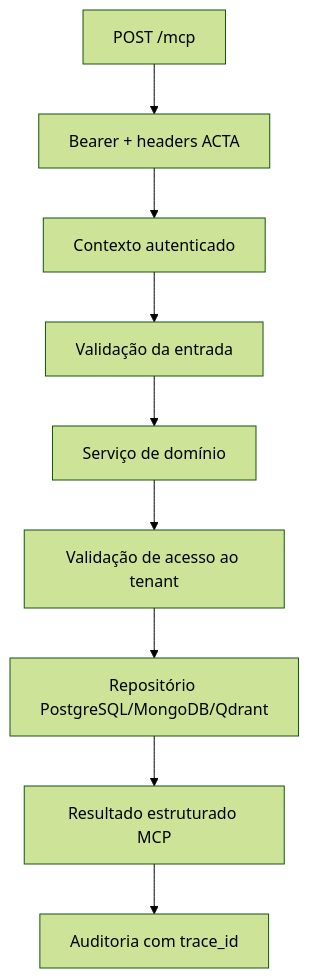
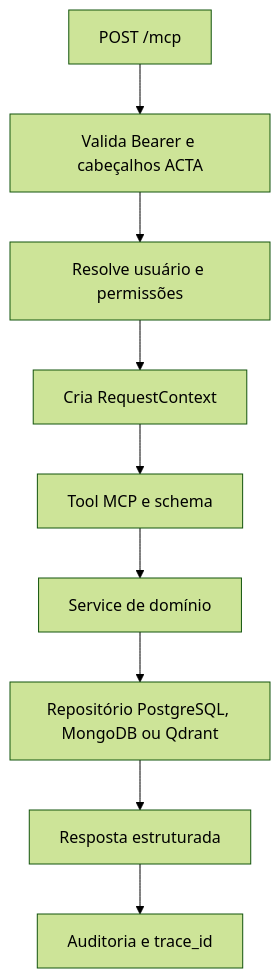
One commit to AppActa/acta-mcp changed the diagram in docs/architecture.md. Above: the diagram before and after it, drawn with Mermaid (forest theme). The commit also changed other lines of this file and 4 other files, not shown here.

````diff
--- a/docs/architecture.md
+++ b/docs/architecture.md
@@ -14,11 +20,11 @@
 ```mermaid
 flowchart TD
-    A["POST /mcp"] --> B["Bearer + headers ACTA"]
-    B --> C["Contexto autenticado"]
-    C --> D["Validação da entrada"]
-    D --> E["Serviço de domínio"]
-    E --> F["Validação de acesso ao tenant"]
-    F --> G["Repositório PostgreSQL/MongoDB/Qdrant"]
-    G --> H["Resultado estruturado MCP"]
-    H --> I["Auditoria com trace_id"]
+    A[POST /mcp] --> B[Valida Bearer e cabeçalhos ACTA]
+    B --> C[Resolve usuário e permissões]
+    C --> D[Cria RequestContext]
+    D --> E[Tool MCP e schema]
+    E --> F[Service de domínio]
+    F --> G[Repositório PostgreSQL, MongoDB ou Qdrant]
+    G --> H[Resposta estruturada]
+    H --> I[Auditoria e trace_id]
 ```
````
